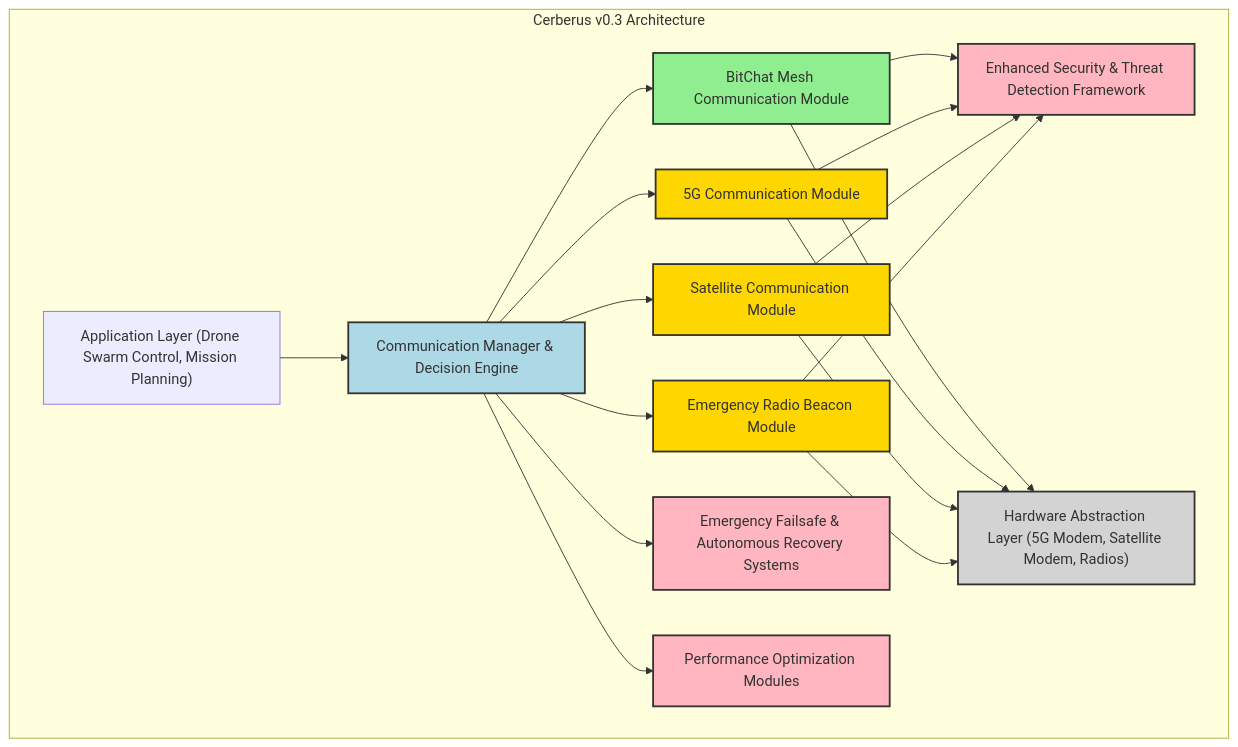
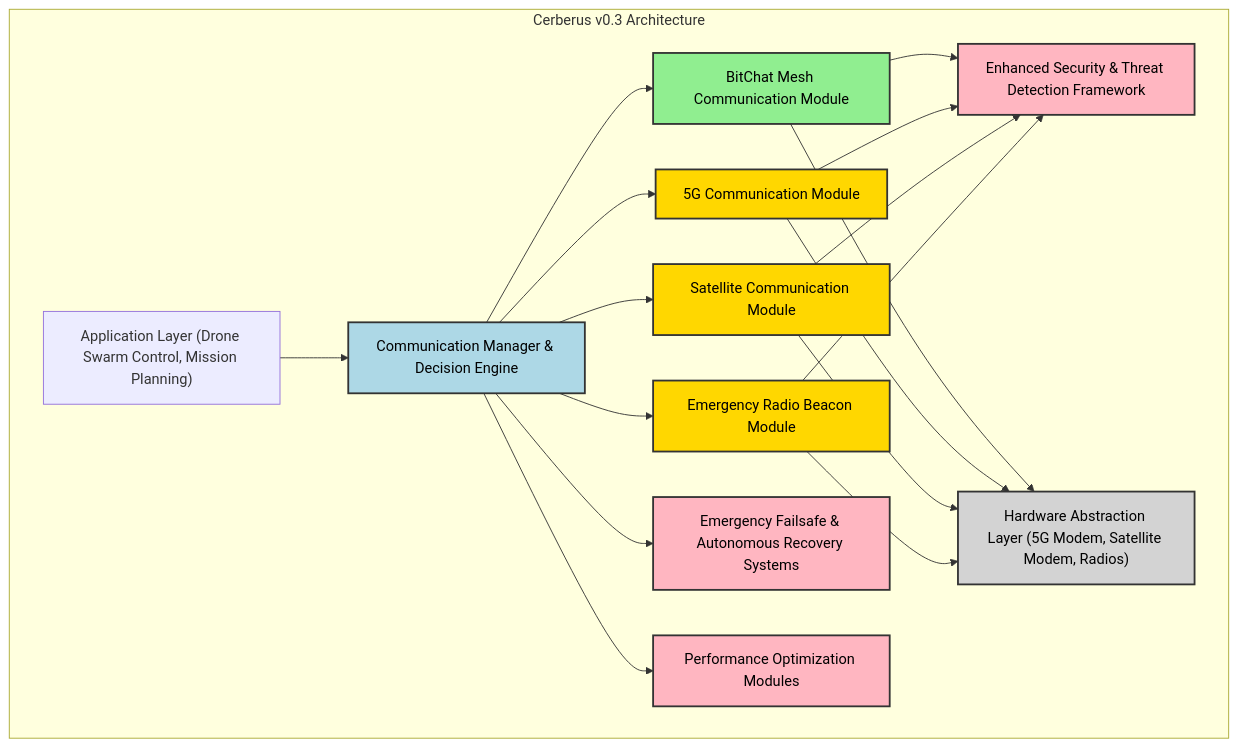
The first of 2 diagrams in docs/highlevel_arch.md (ResQTerra/terrasearch-core-simulation), drawn with Mermaid before and after one commit.

````diff
--- a/docs/highlevel_arch.md
+++ b/docs/highlevel_arch.md
@@ -67,41 +67,41 @@
 ```mermaid
 graph TD
-    subgraph Cerberus v0.3 Architecture
+    subgraph Cerberus_v0.3_Architecture["Cerberus v0.3 Architecture"]
         A["Application Layer (Drone Swarm Control, Mission Planning)"]
         B["Communication Manager & Decision Engine"]
         C["BitChat Mesh Communication Module"]
         D["5G Communication Module"]
         E["Satellite Communication Module"]
         F["Emergency Radio Beacon Module"]
         G["Enhanced Security & Threat Detection Framework"]
         H["Emergency Failsafe & Autonomous Recovery Systems"]
         I["Performance Optimization Modules"]
         J["Hardware Abstraction Layer (5G Modem, Satellite Modem, Radios)"]
     end
 
     A --> B
     B --> C
     B --> D
     B --> E
     B --> F
     C --> G
     D --> G
     E --> G
     F --> G
     B --> H
     B --> I
     C --> J
     D --> J
     E --> J
     F --> J
 
-    style B fill:#ADD8E6,stroke:#333,stroke-width:2px
-    style C fill:#90EE90,stroke:#333,stroke-width:2px
-    style D fill:#FFD700,stroke:#333,stroke-width:2px
-    style E fill:#FFD700,stroke:#333,stroke-width:2px
-    style F fill:#FFD700,stroke:#333,stroke-width:2px
-    style G fill:#FFB6C1,stroke:#333,stroke-width:2px
-    style H fill:#FFB6C1,stroke:#333,stroke-width:2px
-    style I fill:#FFB6C1,stroke:#333,stroke-width:2px
-    style J fill:#D3D3D3,stroke:#333,stroke-width:2px
+    style B fill:#ADD8E6,stroke:#333,stroke-width:2px,color:#000
+    style C fill:#90EE90,stroke:#333,stroke-width:2px,color:#000
+    style D fill:#FFD700,stroke:#333,stroke-width:2px,color:#000
+    style E fill:#FFD700,stroke:#333,stroke-width:2px,color:#000
+    style F fill:#FFD700,stroke:#333,stroke-width:2px,color:#000
+    style G fill:#FFB6C1,stroke:#333,stroke-width:2px,color:#000
+    style H fill:#FFB6C1,stroke:#333,stroke-width:2px,color:#000
+    style I fill:#FFB6C1,stroke:#333,stroke-width:2px,color:#000
+    style J fill:#D3D3D3,stroke:#333,stroke-width:2px,color:#000
 ```
````
